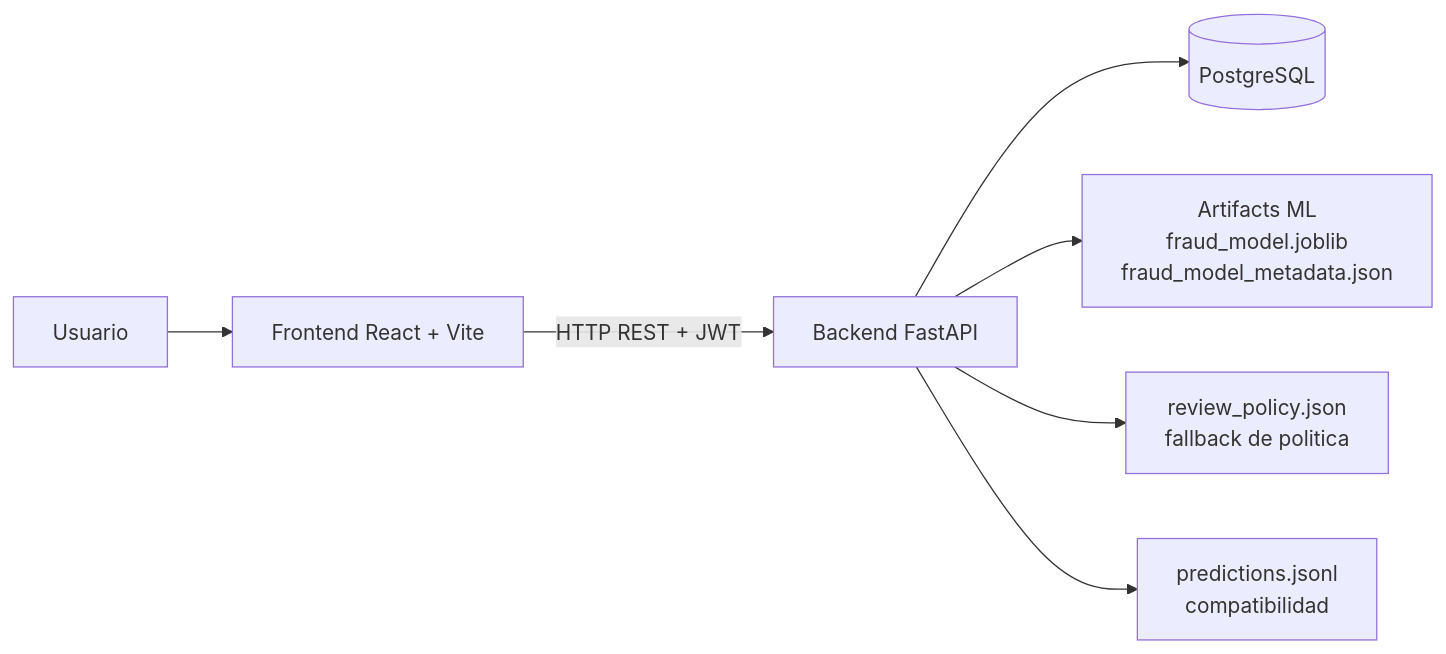
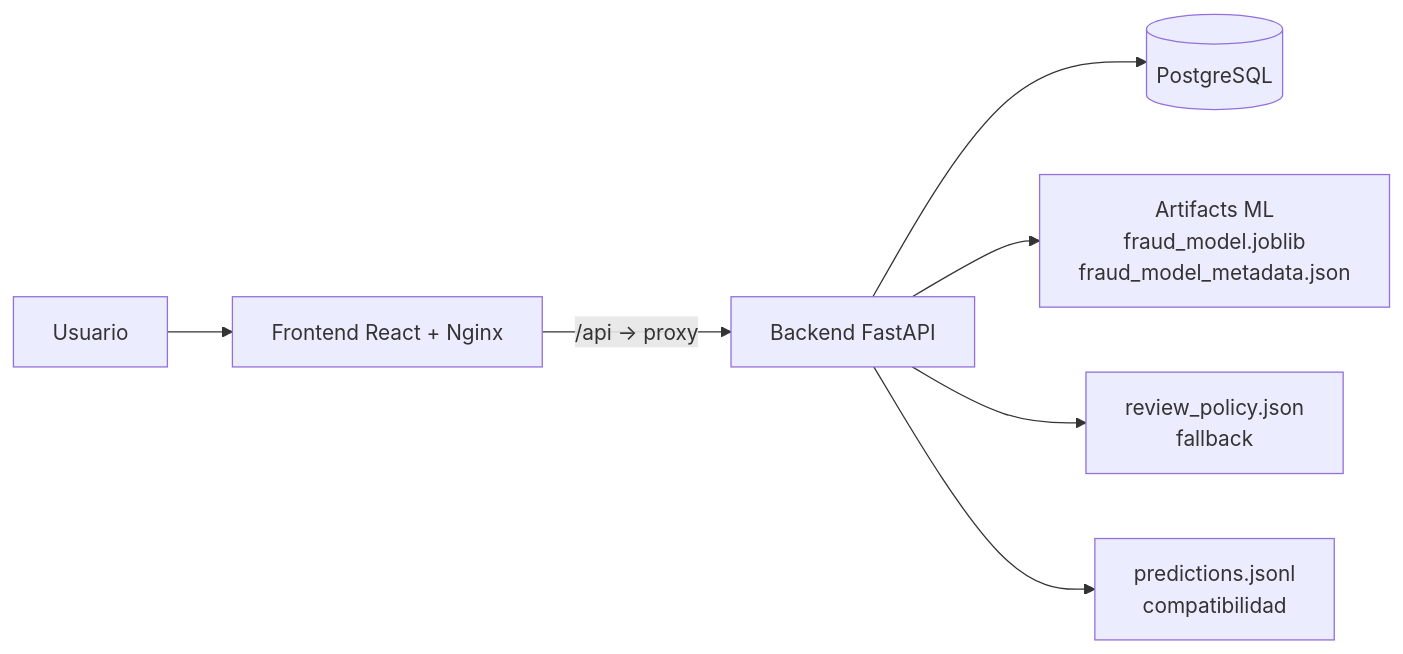
The diagram in docs/arquitectura.md (PedrooGZ/fraud-watch), drawn with Mermaid before and after one commit. The commit also changed other lines of this file and 6 other files, not shown here.

````diff
--- a/docs/arquitectura.md
+++ b/docs/arquitectura.md
@@ -34,9 +51,9 @@
 ```mermaid
 flowchart LR
-    U[Usuario] --> FE[Frontend React + Vite]
-    FE -->|HTTP REST + JWT| API[Backend FastAPI]
+    U[Usuario] --> FE[Frontend React + Nginx]
+    FE -->|/api -> proxy| API[Backend FastAPI]
     API --> DB[(PostgreSQL)]
     API --> ART[Artifacts ML\nfraud_model.joblib\nfraud_model_metadata.json]
-    API --> POL[review_policy.json\nfallback de politica]
+    API --> POL[review_policy.json\nfallback]
     API --> LOG[predictions.jsonl\ncompatibilidad]
 ```
````
